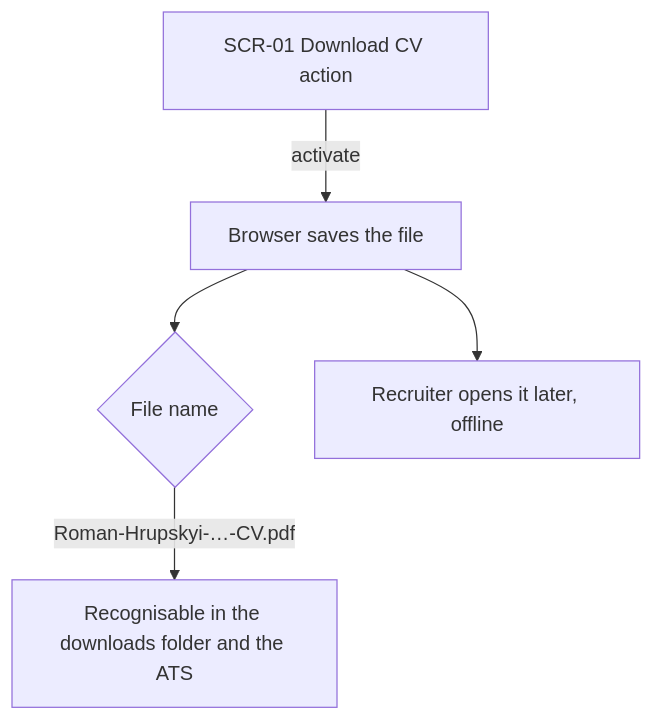
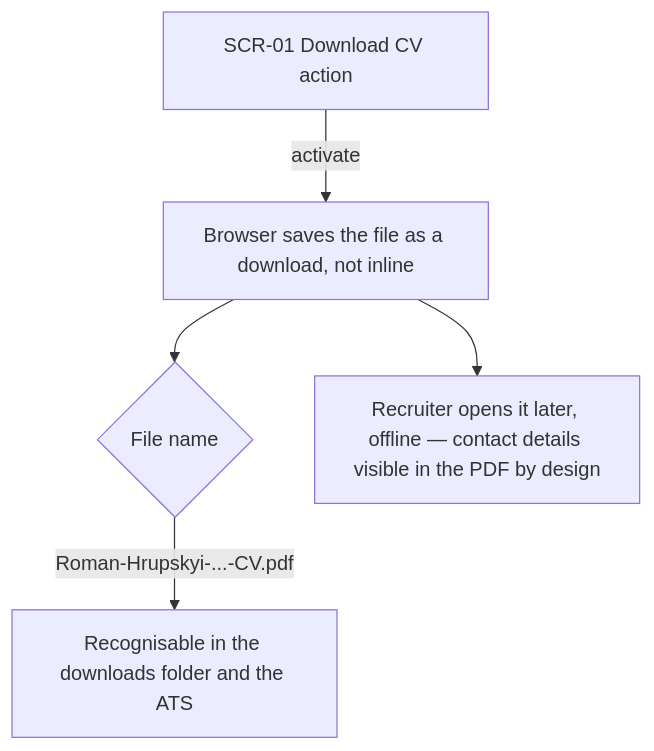
One commit to financeasist/personal-page changed the third of 5 diagrams in docs/features/personal-landing/ux-flows.md. Above: the diagram before and after it, drawn with Mermaid. The commit also changed other lines of this file and 2 other files, not shown here.

First line of the commit message:
ux-flows: personal-landing — re-sync to phone-out / About-in scope

````diff
--- a/docs/features/personal-landing/ux-flows.md
+++ b/docs/features/personal-landing/ux-flows.md
@@ -104,7 +94,7 @@
 ```mermaid
 flowchart TD
-    A["SCR-01 Download CV action"] -->|"activate"| B["Browser saves the file"]
+    A["SCR-01 Download CV action"] -->|"activate"| B["Browser saves the file as a download, not inline"]
     B --> C{"File name"}
-    C -->|"Roman-Hrupskyi-…-CV.pdf"| D["Recognisable in the downloads folder and the ATS"]
-    B --> E["Recruiter opens it later, offline"]
+    C -->|"Roman-Hrupskyi-...-CV.pdf"| D["Recognisable in the downloads folder and the ATS"]
+    B --> E["Recruiter opens it later, offline — contact details visible in the PDF by design"]
 ```
````
